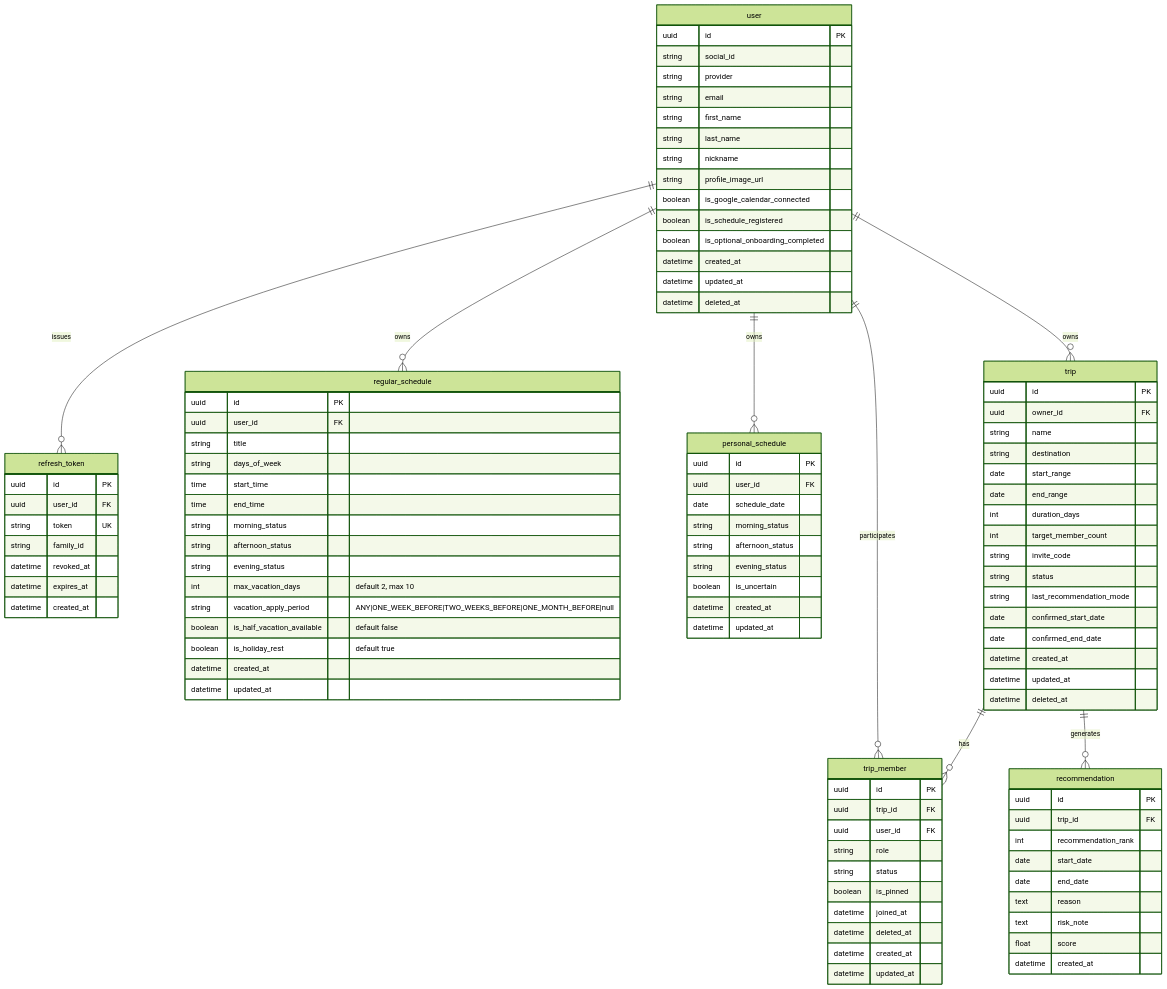
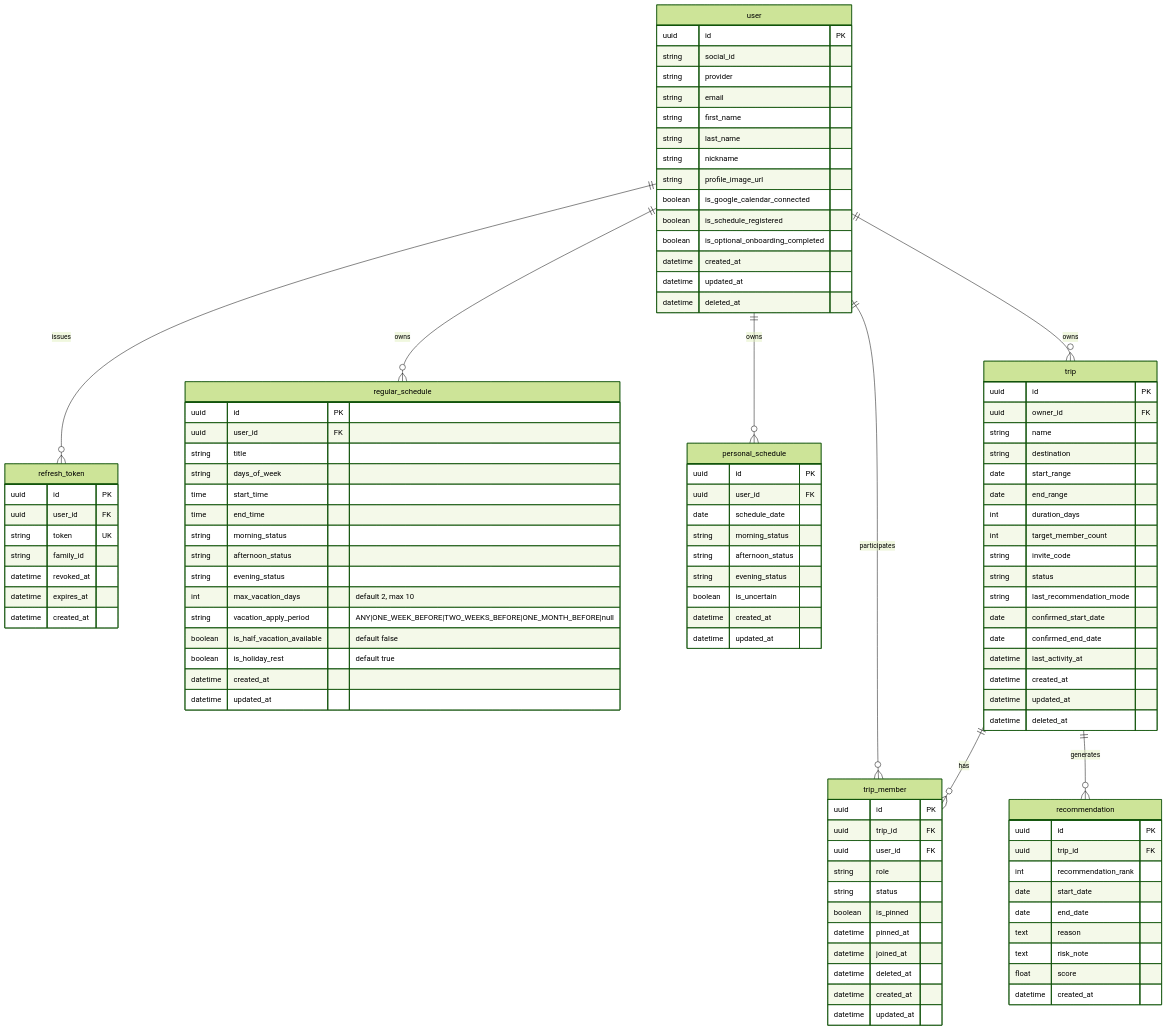
One commit to chhezue/TripFit-server changed the diagram in docs/architecture/erd.md. Above: the diagram before and after it, drawn with Mermaid (forest theme). The commit also changed other lines of this file and 7 other files, not shown here.

Commit message:
Docs: 홈 목록 D5를 진행 중/전체 2뷰·last_activity·pinned_at로 확정

```diff
--- a/docs/architecture/erd.md
+++ b/docs/architecture/erd.md
@@ -96,6 +96,7 @@
         string last_recommendation_mode
         date confirmed_start_date
         date confirmed_end_date
+        datetime last_activity_at
         datetime created_at
         datetime updated_at
         datetime deleted_at
@@ -108,6 +109,7 @@
         string role
         string status
         boolean is_pinned
+        datetime pinned_at
         datetime joined_at
         datetime deleted_at
         datetime created_at
```
